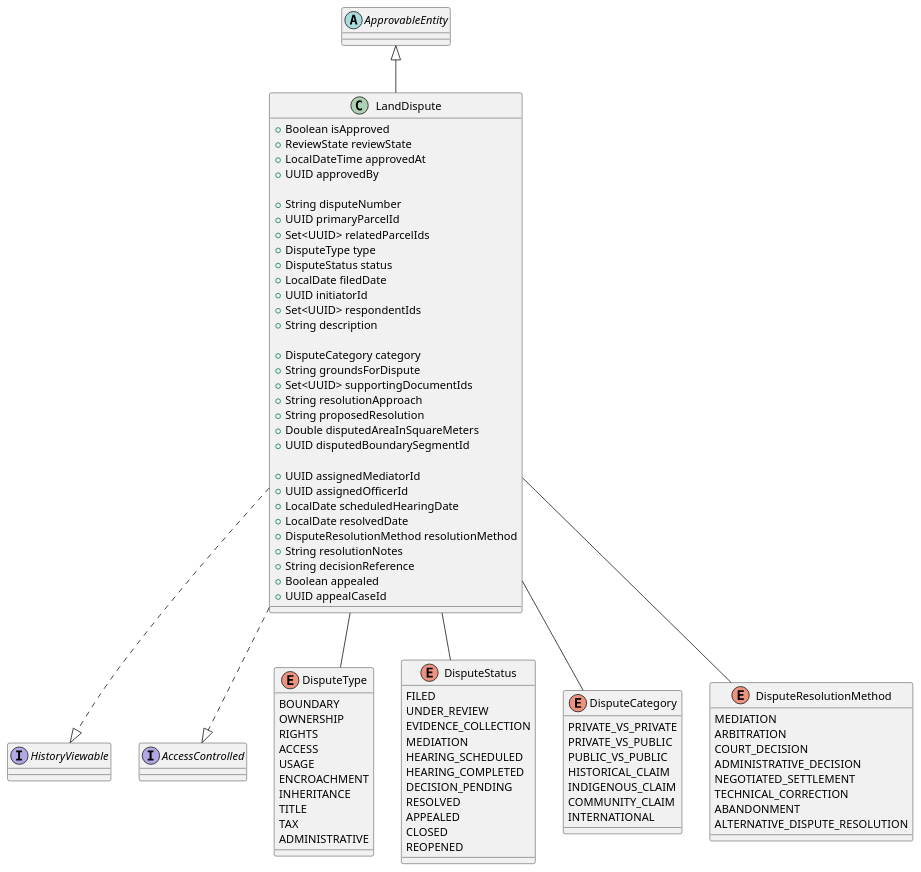
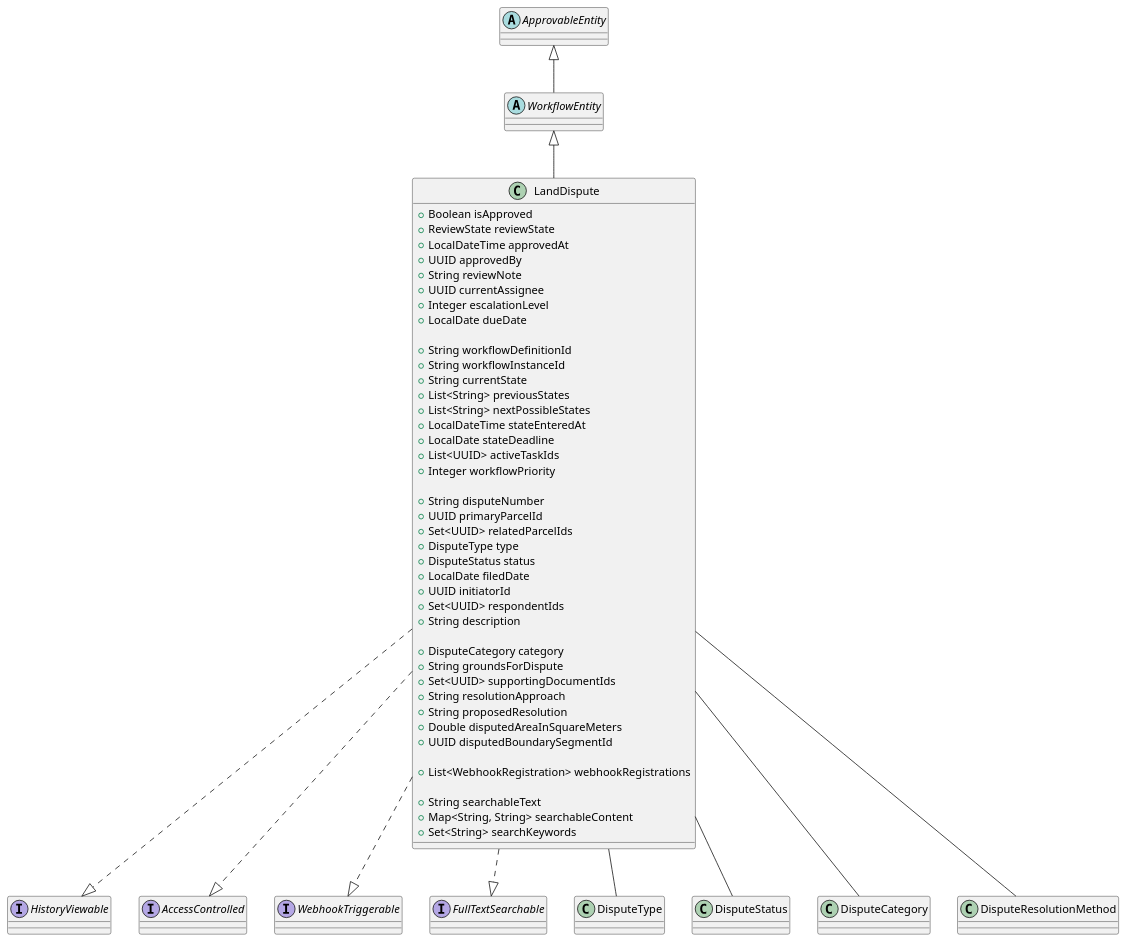
The first of 20 diagrams in src/docs/asciidoc/design/concrete-data-model/land/land-dispute.adoc (fernsky/likhupike-backend-dpms), drawn with PlantUML before and after one commit. The commit also changed other lines of this file and 1 other file, not shown here.

Commit message:
feat(docs): enhance LandZoning with new interfaces and contextual use cases

```diff
--- a/src/docs/asciidoc/design/concrete-data-model/land/land-dispute.adoc
+++ b/src/docs/asciidoc/design/concrete-data-model/land/land-dispute.adoc
@@ -9,8 +9,11 @@
 @startuml
 ' Core models
 abstract class ApprovableEntity
+abstract class WorkflowEntity
 interface HistoryViewable
 interface AccessControlled
+interface WebhookTriggerable
+interface FullTextSearchable
 
 ' LandDispute implementation
 class LandDispute {
@@ -19,6 +22,21 @@
   +ReviewState reviewState
   +LocalDateTime approvedAt
   +UUID approvedBy
+  +String reviewNote
+  +UUID currentAssignee
+  +Integer escalationLevel
+  +LocalDate dueDate
+  
+  ' From WorkflowEntity
+  +String workflowDefinitionId
+  +String workflowInstanceId
+  +String currentState
+  +List<String> previousStates
+  +List<String> nextPossibleStates
+  +LocalDateTime stateEnteredAt
+  +LocalDate stateDeadline
+  +List<UUID> activeTaskIds
+  +Integer workflowPriority
   
   ' LandDispute-specific
   +String disputeNumber
@@ -40,75 +58,26 @@
   +Double disputedAreaInSquareMeters
   +UUID disputedBoundarySegmentId
   
-  ' Resolution tracking
-  +UUID assignedMediatorId
-  +UUID assignedOfficerId
-  +LocalDate scheduledHearingDate
-  +LocalDate resolvedDate
-  +DisputeResolutionMethod resolutionMethod
-  +String resolutionNotes
-  +String decisionReference
-  +Boolean appealed
-  +UUID appealCaseId
+  ' WebhookTriggerable data
+  +List<WebhookRegistration> webhookRegistrations
+  
+  ' FullTextSearchable data
+  +String searchableText
+  +Map<String, String> searchableContent
+  +Set<String> searchKeywords
   
   ' Implementation methods...
 }
 
-' Enumerations
-enum DisputeType {
-  BOUNDARY
-  OWNERSHIP
-  RIGHTS
-  ACCESS
-  USAGE
-  ENCROACHMENT
-  INHERITANCE
-  TITLE
-  TAX
-  ADMINISTRATIVE
-}
-
-enum DisputeStatus {
-  FILED
-  UNDER_REVIEW
-  EVIDENCE_COLLECTION
-  MEDIATION
-  HEARING_SCHEDULED
-  HEARING_COMPLETED
-  DECISION_PENDING
-  RESOLVED
-  APPEALED
-  CLOSED
-  REOPENED
-}
-
-enum DisputeCategory {
-  PRIVATE_VS_PRIVATE
-  PRIVATE_VS_PUBLIC
-  PUBLIC_VS_PUBLIC
-  HISTORICAL_CLAIM
-  INDIGENOUS_CLAIM
-  COMMUNITY_CLAIM
-  INTERNATIONAL
-}
-
-enum DisputeResolutionMethod {
-  MEDIATION
-  ARBITRATION
-  COURT_DECISION
-  ADMINISTRATIVE_DECISION
-  NEGOTIATED_SETTLEMENT
-  TECHNICAL_CORRECTION
-  ABANDONMENT
-  ALTERNATIVE_DISPUTE_RESOLUTION
-}
-
 ' Inheritance relationships
-ApprovableEntity <|-- LandDispute
+ApprovableEntity <|-- WorkflowEntity
+WorkflowEntity <|-- LandDispute
 
 ' Interface implementation
 LandDispute ..|> HistoryViewable
 LandDispute ..|> AccessControlled
+LandDispute ..|> WebhookTriggerable
+LandDispute ..|> FullTextSearchable
 
 ' Enum relationships
 LandDispute -- DisputeType
```
